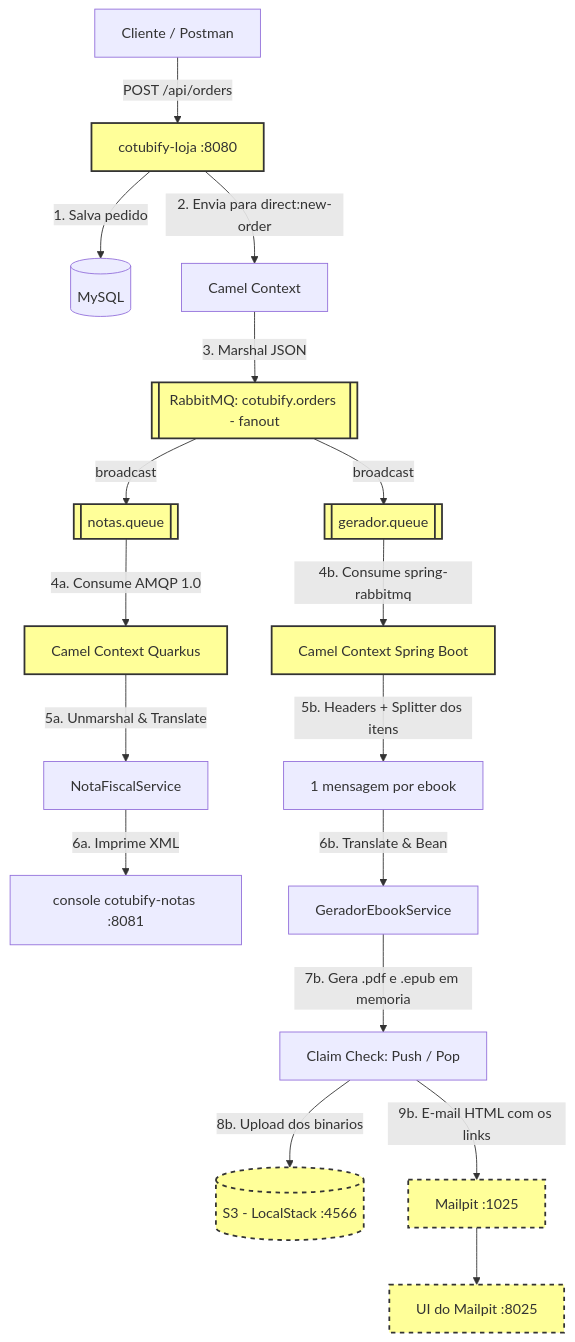
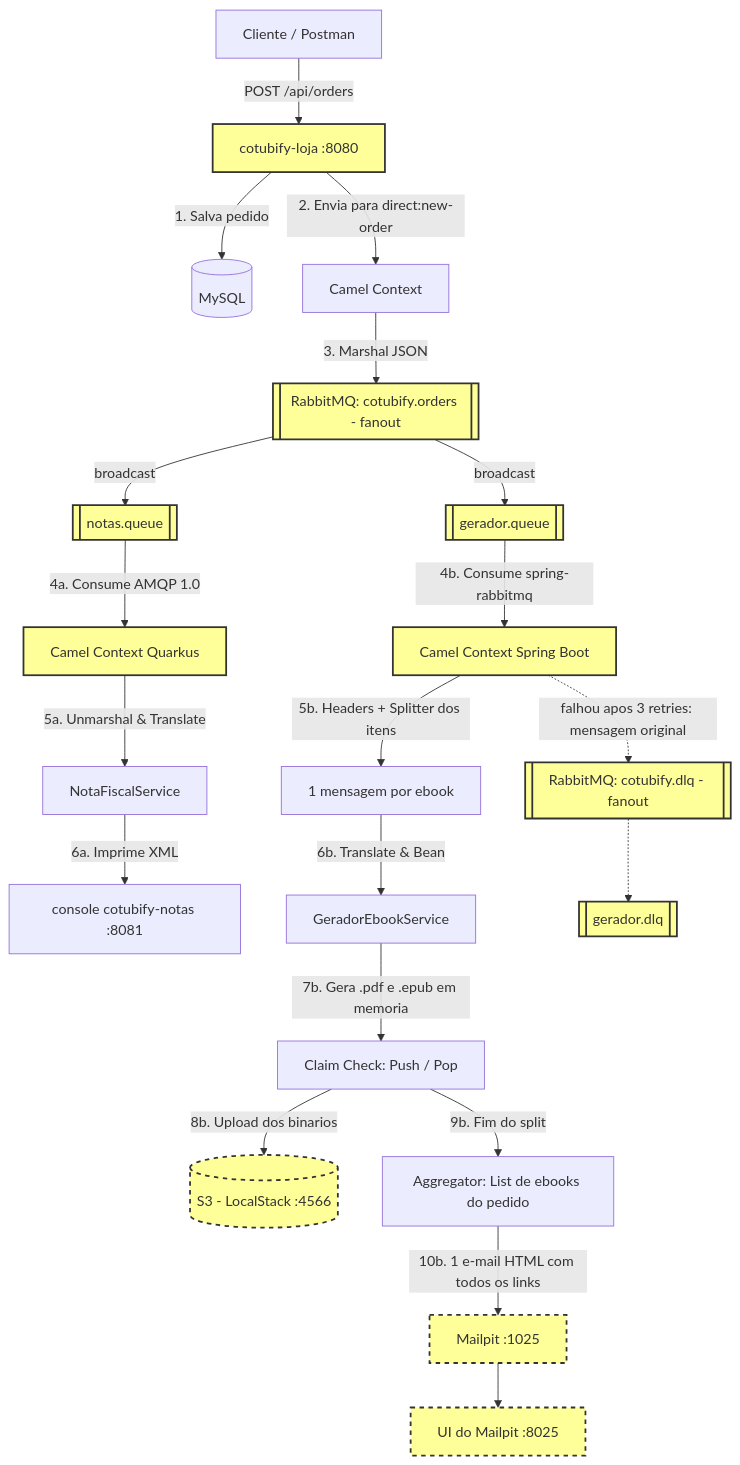
The second of 2 diagrams in README.md (unipds-projetos/live-intro-camel), drawn with Mermaid before and after one commit. The commit also changed other lines of this file and 6 other files, not shown here.

````diff
--- a/README.md
+++ b/README.md
@@ -341,31 +348,35 @@
 ```mermaid
 graph TD
     Client[Cliente / Postman] -->|POST /api/orders| Loja[cotubify-loja :8080]
     Loja -->|1. Salva pedido| MySQL[(MySQL)]
     Loja -->|2. Envia para direct:new-order| CamelLoja[Camel Context]
     CamelLoja -->|3. Marshal JSON| Exchange[[RabbitMQ: cotubify.orders - fanout]]
 
     Exchange -->|broadcast| FilaNotas[[notas.queue]]
     Exchange -->|broadcast| FilaGerador[[gerador.queue]]
 
     FilaNotas -->|4a. Consume AMQP 1.0| CamelNotas[Camel Context Quarkus]
     CamelNotas -->|5a. Unmarshal & Translate| Service[NotaFiscalService]
     Service -->|6a. Imprime XML| ConsoleNotas[console cotubify-notas :8081]
 
     FilaGerador -->|4b. Consume spring-rabbitmq| CamelGerador[Camel Context Spring Boot]
     CamelGerador -->|5b. Headers + Splitter dos itens| SplitGerador[1 mensagem por ebook]
     SplitGerador -->|6b. Translate & Bean| ServiceGerador[GeradorEbookService]
     ServiceGerador -->|7b. Gera .pdf e .epub em memoria| ClaimCheck[Claim Check: Push / Pop]
     ClaimCheck -->|8b. Upload dos binarios| S3[(S3 - LocalStack :4566)]
-    ClaimCheck -->|9b. E-mail HTML com os links| SMTP[Mailpit :1025]
+    ClaimCheck -->|9b. Fim do split| Aggregator[Aggregator: List de ebooks do pedido]
+    Aggregator -->|10b. 1 e-mail HTML com todos os links| SMTP[Mailpit :1025]
     SMTP --> MailUI[UI do Mailpit :8025]
+
+    CamelGerador -.->|falhou apos 3 retries: mensagem original| DLX[[RabbitMQ: cotubify.dlq - fanout]]
+    DLX -.-> FilaDLQ[[gerador.dlq]]
 
     classDef integrated fill:#ff9,stroke:#333,stroke-width:2px;
     class Loja,CamelNotas,CamelGerador integrated;
 
     classDef broker fill:#ff9,stroke:#333,stroke-width:2px;
-    class Exchange,FilaNotas,FilaGerador broker;
+    class Exchange,FilaNotas,FilaGerador,DLX,FilaDLQ broker;
 
     classDef infra fill:#ff9,stroke:#333,stroke-width:2px,stroke-dasharray: 5 5;
     class S3,SMTP,MailUI infra;
 ```
````
